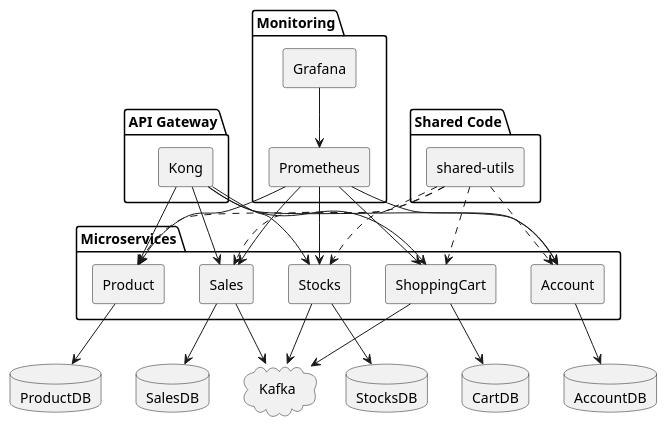
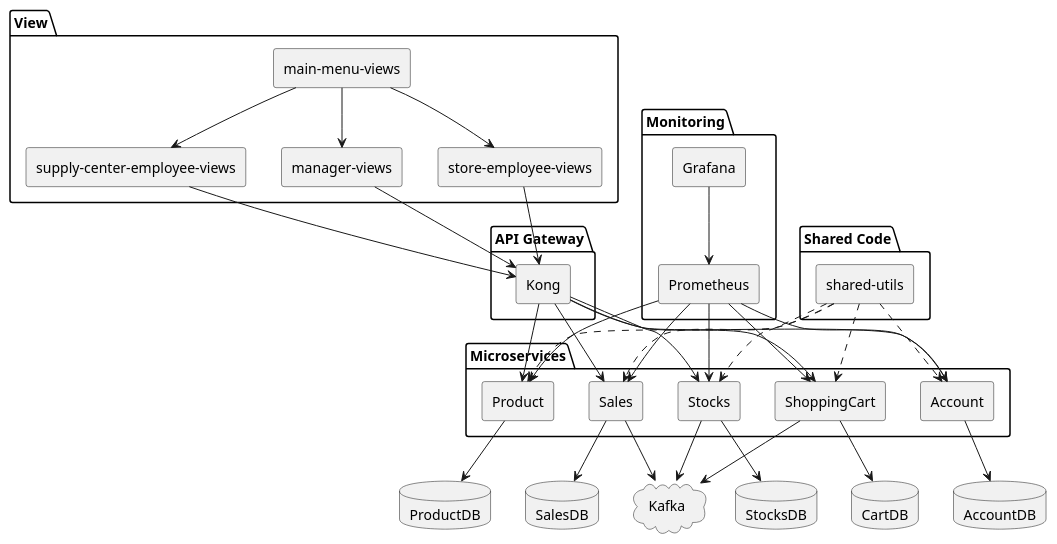
One commit to ThePhobosDeimosSuite/laboratoire-0_log430 changed the diagram in docs/UML/component.puml. Above: the diagram before and after it, drawn with PlantUML. The commit also changed 27 other files, not shown here.

```diff
--- a/docs/UML/component.puml
+++ b/docs/UML/component.puml
@@ -1,66 +1,81 @@
 @startuml component
 skinparam componentStyle rectangle
 skinparam defaultTextAlignment center
 
 package "API Gateway" {
   [Kong]
+}
+
+package "View" {
+    component "manager-views" as managerView
+    component "store-employee-views" as storeEmployeeView
+    component "supply-center-employee-views" as supplyCenterEmployeeView
+    component "main-menu-views" as mainMenuView
 }
 
 package "Monitoring" {
   [Prometheus]
   [Grafana]
 }
 
 package "Shared Code" {
   [shared-utils] as SharedUtils
 }
 
 cloud "Kafka" {
 }
 
 package "Microservices" {
   component Product
   component Sales
   component Stocks
   component Account
   component ShoppingCart
 }
 
 database "ProductDB" as dbProduct
 database "SalesDB" as dbSales
 database "StocksDB" as dbStocks
 database "AccountDB" as dbAccount
 database "CartDB" as dbCart
 
 
 Kong --> Product
 Kong --> Sales
 Kong --> Stocks
 Kong --> Account
 Kong --> ShoppingCart
 
 SharedUtils ..> Product
 SharedUtils ..> Sales
 SharedUtils ..> Stocks
 SharedUtils ..> Account
 SharedUtils ..> ShoppingCart
 
 Product --> dbProduct
 Sales --> dbSales
 Stocks --> dbStocks
 Account --> dbAccount
 ShoppingCart --> dbCart
 
 Sales --> Kafka
 Stocks --> Kafka
 ShoppingCart --> Kafka
 
 Prometheus --> Product
 Prometheus --> Sales
 Prometheus --> Stocks
 Prometheus --> Account
 Prometheus --> ShoppingCart
 
 Grafana --> Prometheus
 
+mainMenuView --> storeEmployeeView
+mainMenuView --> managerView
+mainMenuView --> supplyCenterEmployeeView
+
+storeEmployeeView --> Kong
+managerView --> Kong
+supplyCenterEmployeeView --> Kong
+
 @enduml
```
